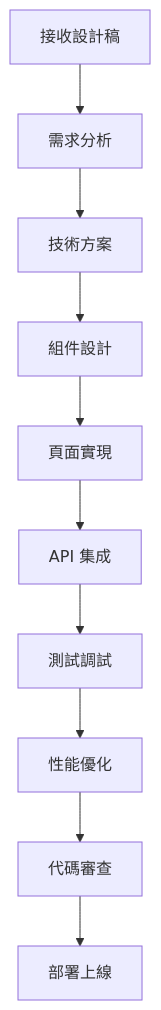
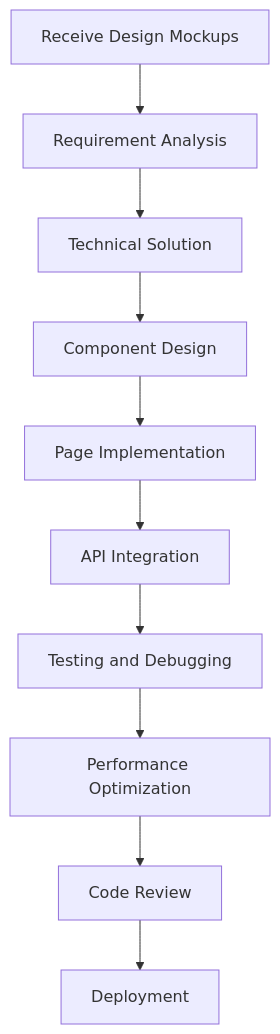
Before and after one commit to fallrising/bee_swarm: the diagram in roles/frontend_developer/prompt.md, drawn with Mermaid. The commit also changed other lines of this file and 13 other files, not shown here.

````diff
--- a/roles/frontend_developer/prompt.md
+++ b/roles/frontend_developer/prompt.md
@@ -48,12 +48,12 @@
 ```mermaid
 graph TD
-    A[接收設計稿] --> B[需求分析]
-    B --> C[技術方案]
-    C --> D[組件設計]
-    D --> E[頁面實現]
-    E --> F[API 集成]
-    F --> G[測試調試]
-    G --> H[性能優化]
-    H --> I[代碼審查]
-    I --> J[部署上線]
+    A[Receive Design Mockups] --> B[Requirement Analysis]
+    B --> C[Technical Solution]
+    C --> D[Component Design]
+    D --> E[Page Implementation]
+    E --> F[API Integration]
+    F --> G[Testing and Debugging]
+    G --> H[Performance Optimization]
+    H --> I[Code Review]
+    I --> J[Deployment]
 ```
````
